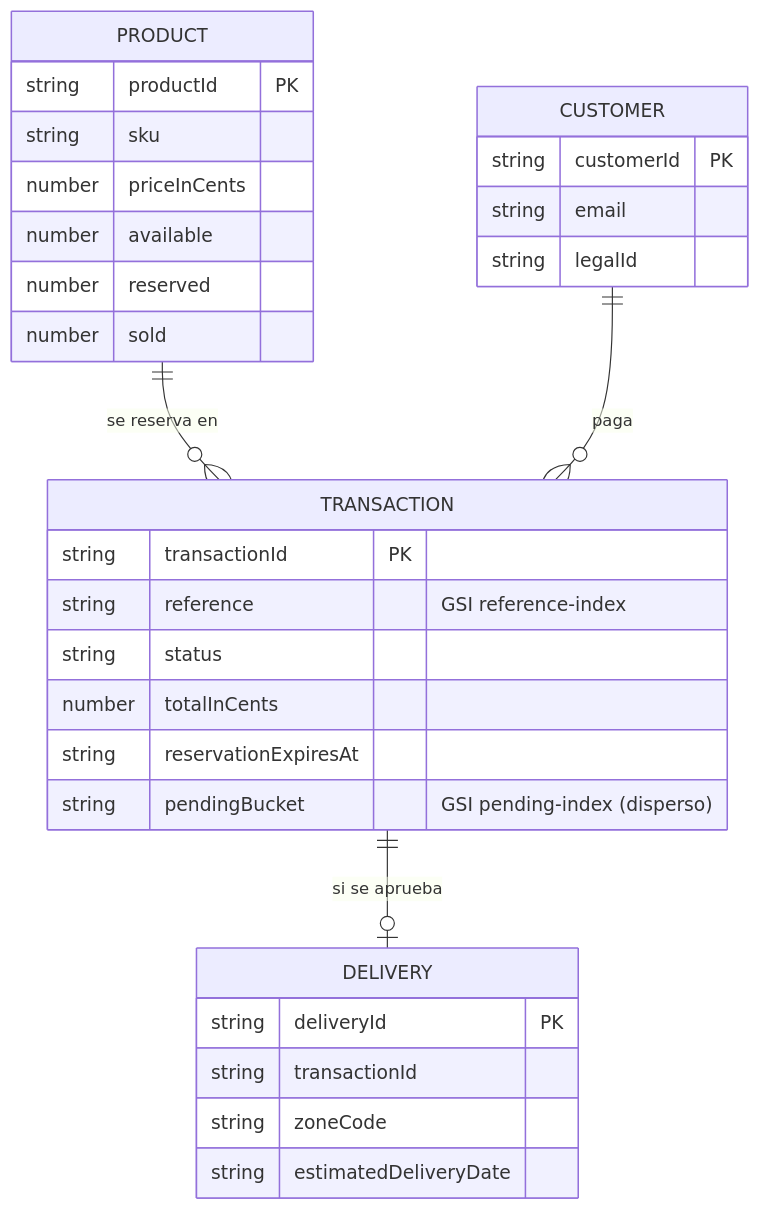
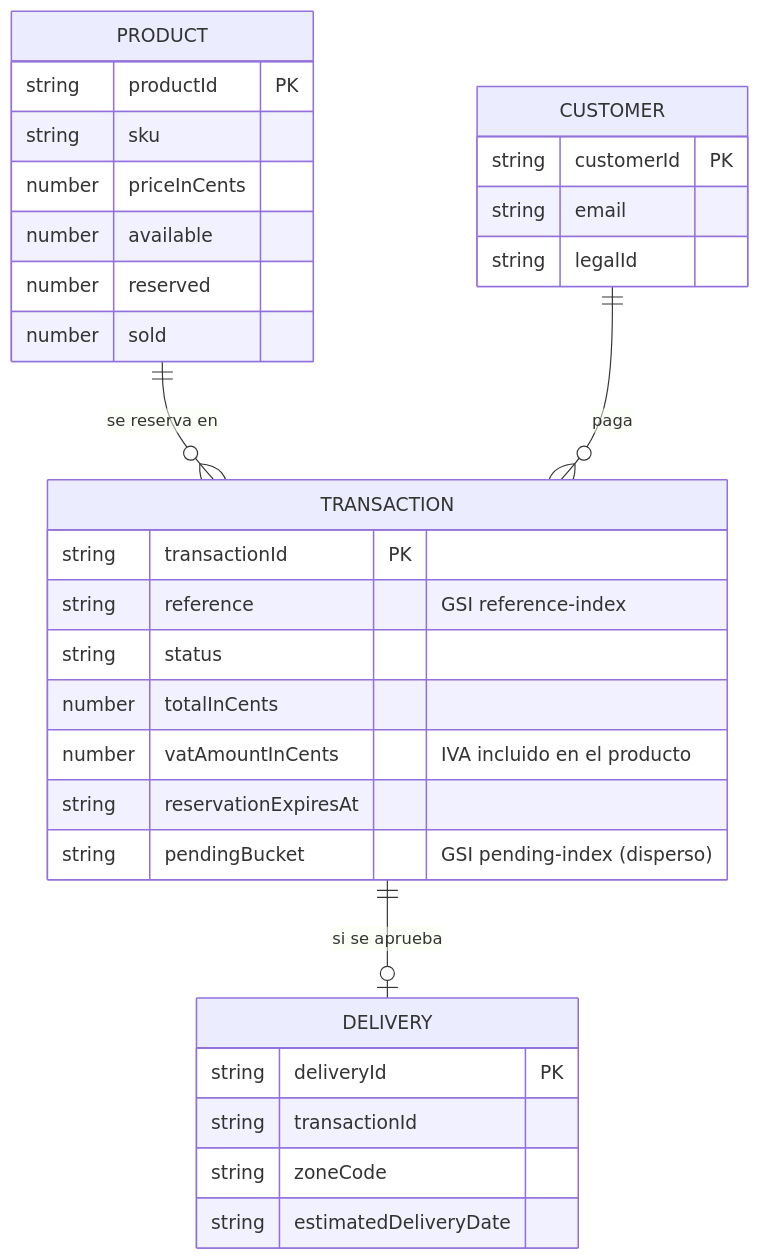
Before and after one commit to IamStivgo/tech-store-checkout-api: the second of 2 diagrams in README.md, drawn with Mermaid. The commit also changed other lines of this file and 3 other files, not shown here.

````diff
--- a/README.md
+++ b/README.md
@@ -84,33 +84,34 @@
 ```mermaid
 erDiagram
   PRODUCT ||--o{ TRANSACTION : "se reserva en"
   CUSTOMER ||--o{ TRANSACTION : "paga"
   TRANSACTION ||--o| DELIVERY : "si se aprueba"
   PRODUCT {
     string productId PK
     string sku
     number priceInCents
     number available
     number reserved
     number sold
   }
   CUSTOMER {
     string customerId PK
     string email
     string legalId
   }
   TRANSACTION {
     string transactionId PK
     string reference "GSI reference-index"
     string status
     number totalInCents
+    number vatAmountInCents "IVA incluido en el producto"
     string reservationExpiresAt
     string pendingBucket "GSI pending-index (disperso)"
   }
   DELIVERY {
     string deliveryId PK
     string transactionId
     string zoneCode
     string estimatedDeliveryDate
   }
 ```
````
